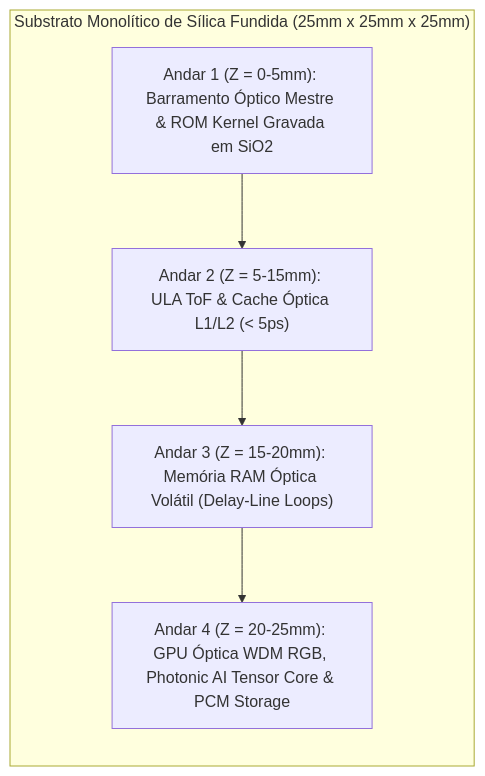
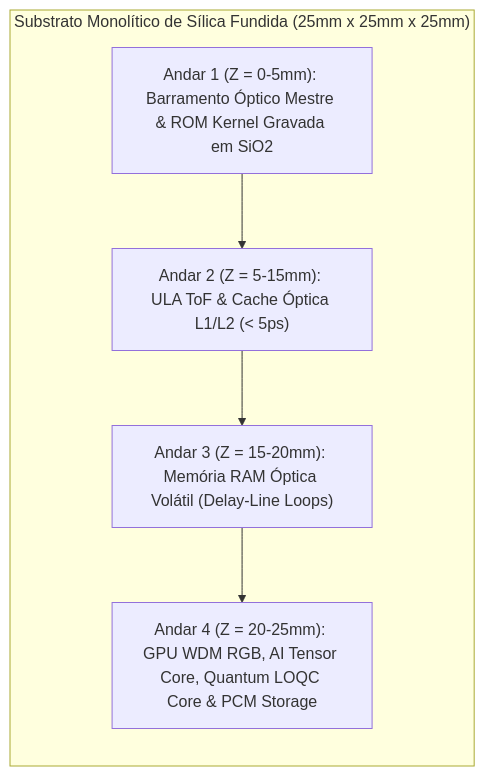
The diagram in docs/architecture/03-unidades-funcionais-alu-gpu-ia.md (Roliveira96/SilicaCore), drawn with Mermaid before and after one commit. The commit also changed other lines of this file and 6 other files, not shown here.

Commit message:
feat(quantum): adiciona core de processamento quântico fotônico LOQC em temperatura ambiente (Science/Nature/RevModPhys)

````diff
--- a/docs/architecture/03-unidades-funcionais-alu-gpu-ia.md
+++ b/docs/architecture/03-unidades-funcionais-alu-gpu-ia.md
@@ -7,14 +7,14 @@
 ```mermaid
 flowchart TD
     subgraph CuboSilica["Substrato Monolítico de Sílica Fundida (25mm x 25mm x 25mm)"]
         direction TB
-        Andar4["Andar 4 (Z = 20-25mm): GPU Óptica WDM RGB, Photonic AI Tensor Core & PCM Storage"]
+        Andar4["Andar 4 (Z = 20-25mm): GPU WDM RGB, AI Tensor Core, Quantum LOQC Core & PCM Storage"]
         Andar3["Andar 3 (Z = 15-20mm): Memória RAM Óptica Volátil (Delay-Line Loops)"]
         Andar2["Andar 2 (Z = 5-15mm): ULA ToF & Cache Óptica L1/L2 (< 5ps)"]
         Andar1["Andar 1 (Z = 0-5mm): Barramento Óptico Mestre & ROM Kernel Gravada em SiO2"]
 
         Andar1 --> Andar2
         Andar2 --> Andar3
         Andar3 --> Andar4
     end
 ```
````
